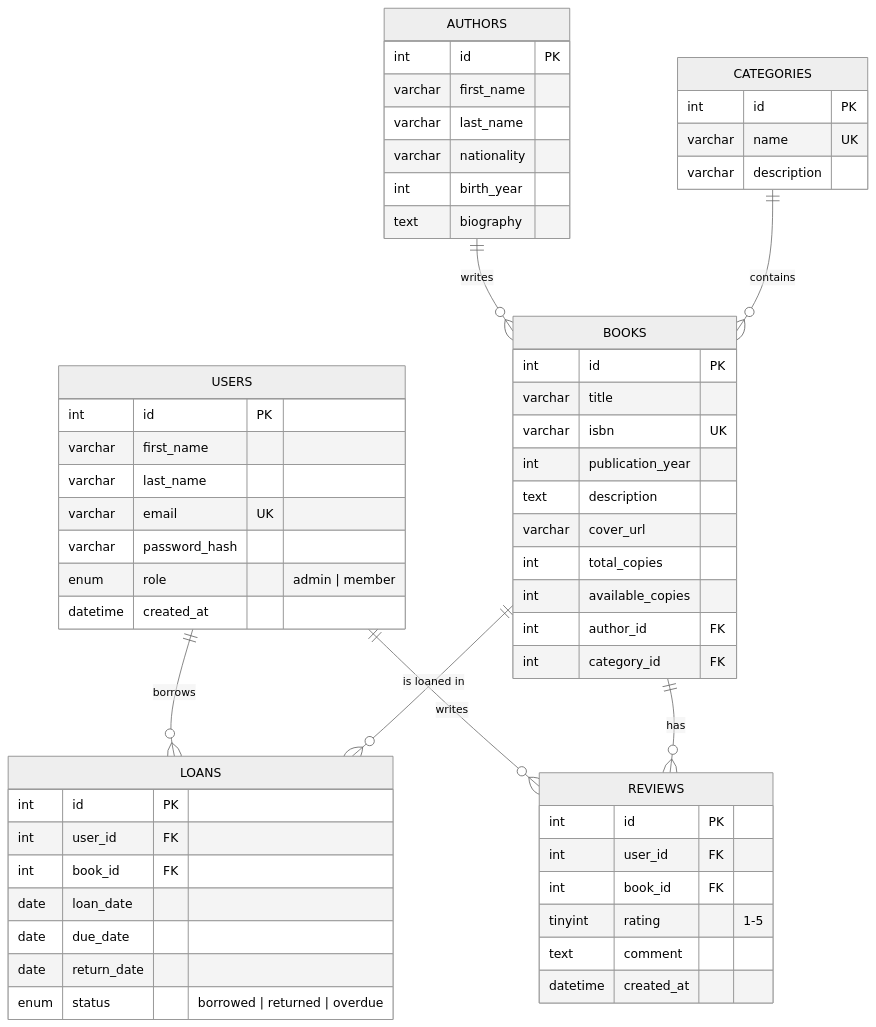
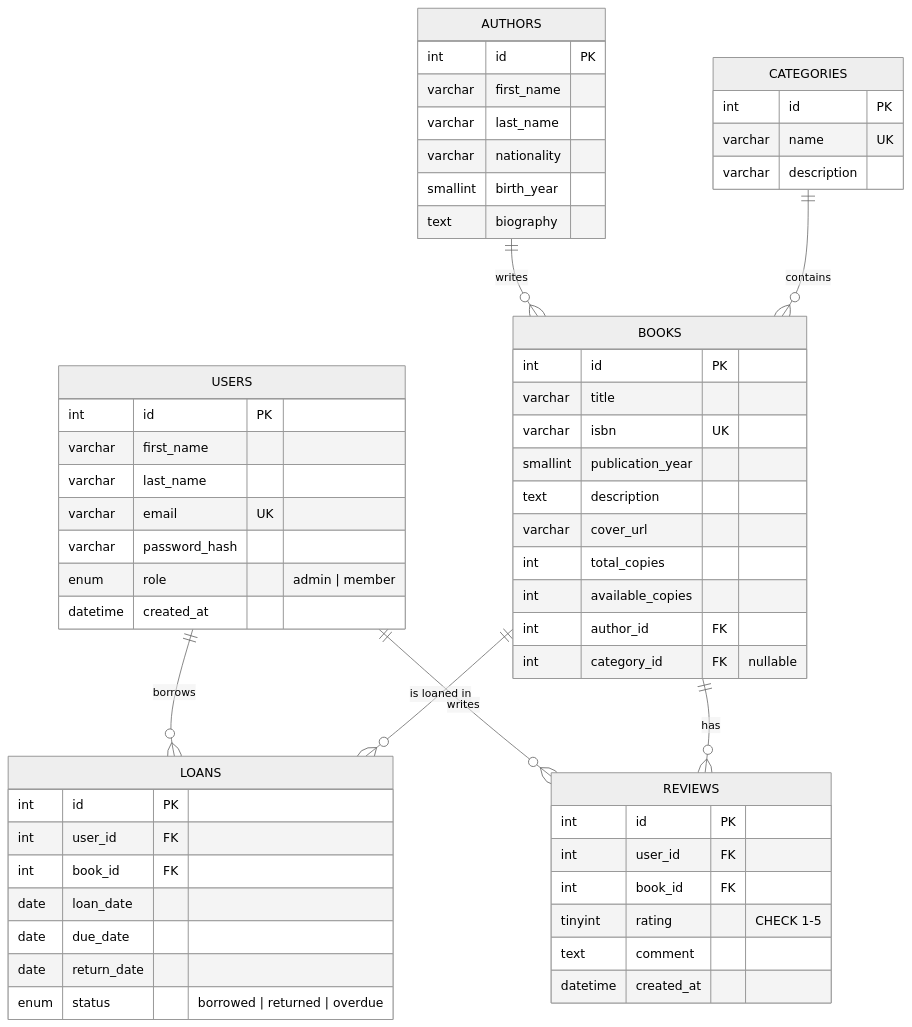
The diagram in docs/ERD.md (adidzumhur/library-app), drawn with Mermaid (neutral theme) before and after one commit. The commit also changed other lines of this file and 15 other files, not shown here.

Commit message:
Milestone 2: database schema, sample data and DAO layer

````diff
--- a/docs/ERD.md
+++ b/docs/ERD.md
@@ -8,61 +8,61 @@
 ```mermaid
 erDiagram
     USERS ||--o{ LOANS : borrows
     BOOKS ||--o{ LOANS : "is loaned in"
     USERS ||--o{ REVIEWS : writes
     BOOKS ||--o{ REVIEWS : has
     AUTHORS ||--o{ BOOKS : writes
     CATEGORIES ||--o{ BOOKS : contains
 
     USERS {
         int id PK
         varchar first_name
         varchar last_name
         varchar email UK
         varchar password_hash
         enum role "admin | member"
         datetime created_at
     }
     AUTHORS {
         int id PK
         varchar first_name
         varchar last_name
         varchar nationality
-        int birth_year
+        smallint birth_year
         text biography
     }
     CATEGORIES {
         int id PK
         varchar name UK
         varchar description
     }
     BOOKS {
         int id PK
         varchar title
         varchar isbn UK
-        int publication_year
+        smallint publication_year
         text description
         varchar cover_url
         int total_copies
         int available_copies
         int author_id FK
-        int category_id FK
+        int category_id FK "nullable"
     }
     LOANS {
         int id PK
         int user_id FK
         int book_id FK
         date loan_date
         date due_date
         date return_date
         enum status "borrowed | returned | overdue"
     }
     REVIEWS {
         int id PK
         int user_id FK
         int book_id FK
-        tinyint rating "1-5"
+        tinyint rating "CHECK 1-5"
         text comment
         datetime created_at
     }
 ```
````
